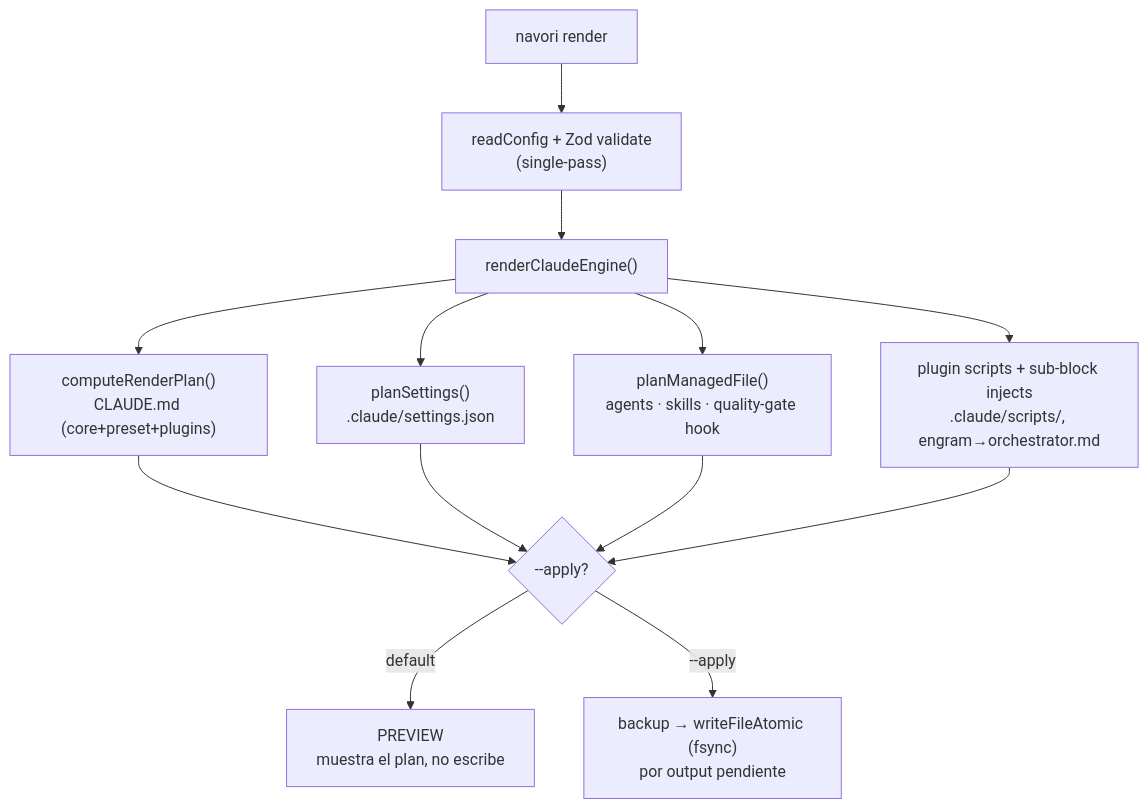
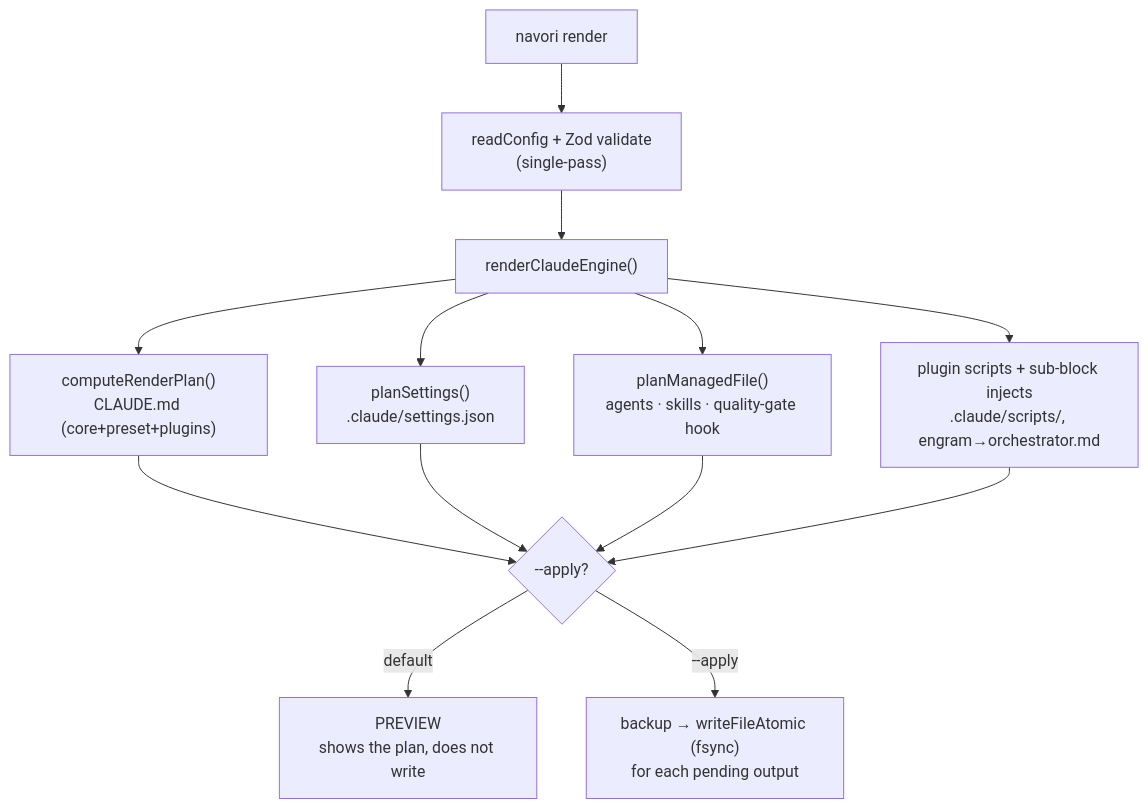
The second of 3 diagrams in docs/architecture.md (UlisesCm/navori-harness), drawn with Mermaid before and after one commit. The commit also changed other lines of this file and 125 other files, not shown here.

````diff
--- a/docs/architecture.md
+++ b/docs/architecture.md
@@ -80,33 +57,33 @@
 ```mermaid
 flowchart TD
     CMD["navori render"]
     READ["readConfig + Zod validate<br/>(single-pass)"]
     ENG["renderClaudeEngine()"]
     P1["computeRenderPlan()<br/>CLAUDE.md (core+preset+plugins)"]
     P2["planSettings()<br/>.claude/settings.json"]
     P3["planManagedFile()<br/>agents · skills · quality-gate hook"]
     P4["plugin scripts + sub-block injects<br/>.claude/scripts/, engram→orchestrator.md"]
     GATE{"--apply?"}
-    PREVIEW["PREVIEW<br/>muestra el plan, no escribe"]
-    WRITE["backup → writeFileAtomic (fsync)<br/>por output pendiente"]
+    PREVIEW["PREVIEW<br/>shows the plan, does not write"]
+    WRITE["backup → writeFileAtomic (fsync)<br/>for each pending output"]
 
     CMD --> READ --> ENG
     ENG --> P1
     ENG --> P2
     ENG --> P3
     ENG --> P4
     P1 --> GATE
     P2 --> GATE
     P3 --> GATE
     P4 --> GATE
     GATE -- "default" --> PREVIEW
     GATE -- "--apply" --> WRITE
 
     click CMD "../packages/cli/src/commands/render.ts" "render command"
     click READ "../packages/cli/src/lib/config/config.ts" "readConfig"
     click ENG "../packages/cli/src/engines/claude/index.ts" "Claude engine"
     click P1 "../packages/cli/src/lib/render/render-plan.ts" "computeRenderPlan"
     click P2 "../packages/cli/src/engines/claude/build-settings.ts" "buildClaudeSettings"
     click P3 "../packages/cli/src/engines/shared/render-managed-file.ts" "renderManagedFile"
     click WRITE "../packages/cli/src/lib/primitives/atomic.ts" "writeFileAtomic"
 ```
````
